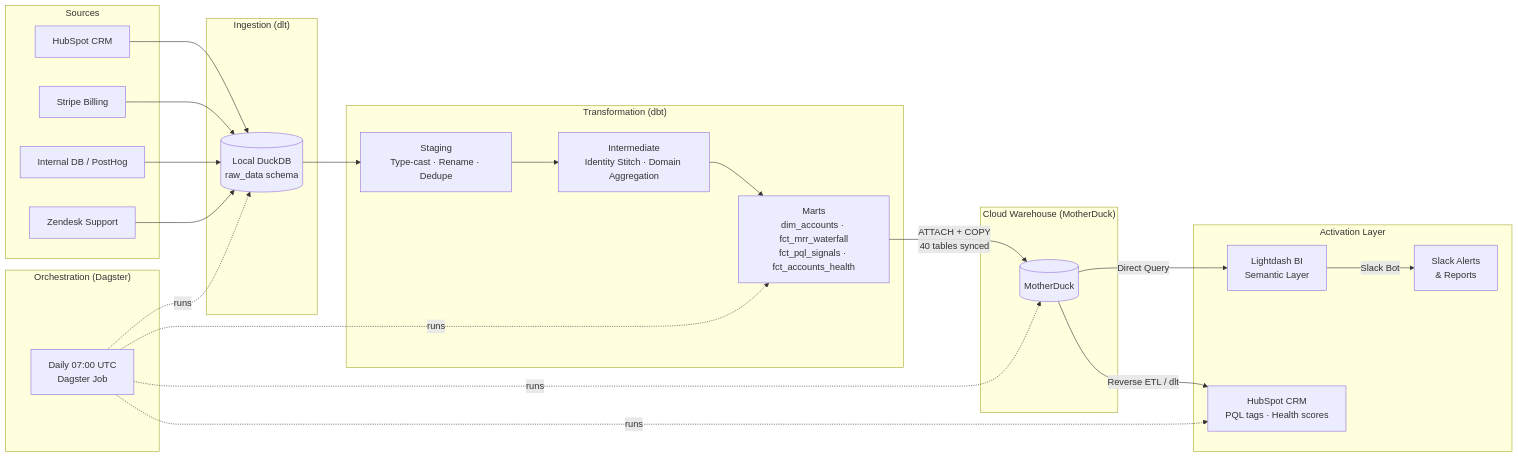
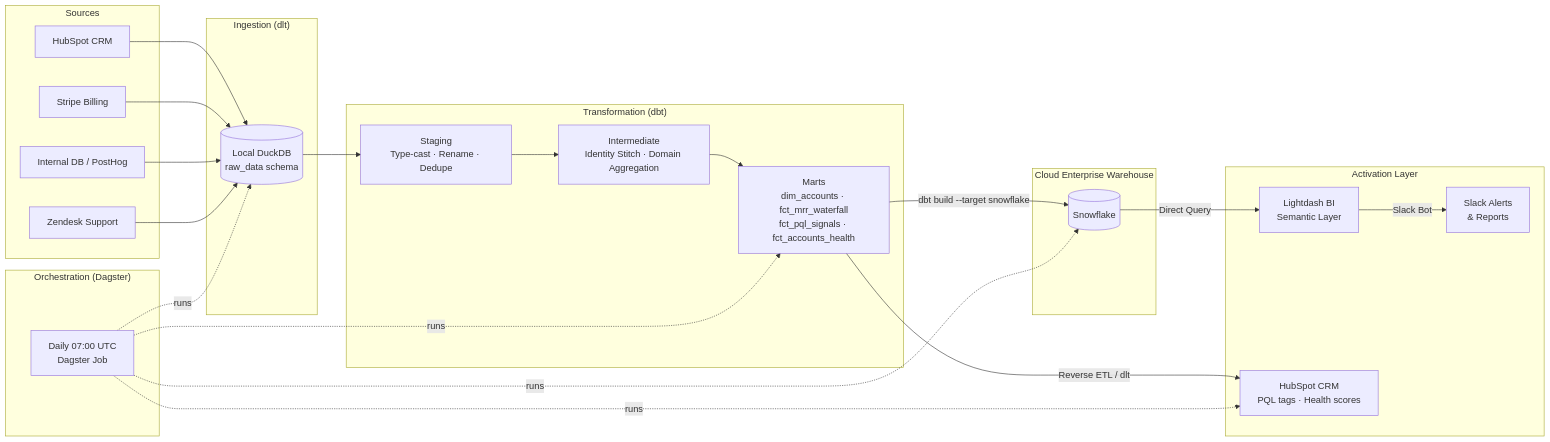
Before and after one commit to farrux05-ai/b2b-saas-revops-intelligence: the diagram in README.md, drawn with Mermaid. The commit also changed other lines of this file, not shown here.

Commit message:
docs: update badges and mermaid diagram for Snowflake in README.md

````diff
--- a/README.md
+++ b/README.md
@@ -94,39 +94,39 @@
 ```mermaid
 flowchart LR
     subgraph Sources
         HS[HubSpot CRM]
         ST[Stripe Billing]
         IN[Internal DB / PostHog]
         ZD[Zendesk Support]
     end
 
     subgraph Ingestion ["Ingestion (dlt)"]
         HS --> RAW[(Local DuckDB\nraw_data schema)]
         ST --> RAW
         IN --> RAW
         ZD --> RAW
     end
 
     subgraph Transform ["Transformation (dbt)"]
         RAW --> STG[Staging\nType-cast · Rename · Dedupe]
         STG --> INT[Intermediate\nIdentity Stitch · Domain Aggregation]
         INT --> MARTS[Marts\ndim_accounts · fct_mrr_waterfall\nfct_pql_signals · fct_accounts_health]
     end
 
-    subgraph Cloud ["Cloud Warehouse (MotherDuck)"]
-        MARTS --> |ATTACH + COPY\n40 tables synced| MD[(MotherDuck)]
+    subgraph Cloud ["Cloud Enterprise Warehouse"]
+        MARTS --> |dbt build --target snowflake| SF[(Snowflake)]
     end
 
     subgraph Activation ["Activation Layer"]
-        MD --> |Direct Query| LD[Lightdash BI\nSemantic Layer]
+        SF --> |Direct Query| LD[Lightdash BI\nSemantic Layer]
         LD --> |Slack Bot| SL[Slack Alerts\n& Reports]
-        MD --> |Reverse ETL / dlt| HS2[HubSpot CRM\nPQL tags · Health scores]
+        MARTS --> |Reverse ETL / dlt| HS2[HubSpot CRM\nPQL tags · Health scores]
     end
 
     subgraph Orchestration ["Orchestration (Dagster)"]
         ORCH[Daily 07:00 UTC\nDagster Job] -.-> |runs| RAW
         ORCH -.-> |runs| MARTS
-        ORCH -.-> |runs| MD
+        ORCH -.-> |runs| SF
         ORCH -.-> |runs| HS2
     end
 ```
````
